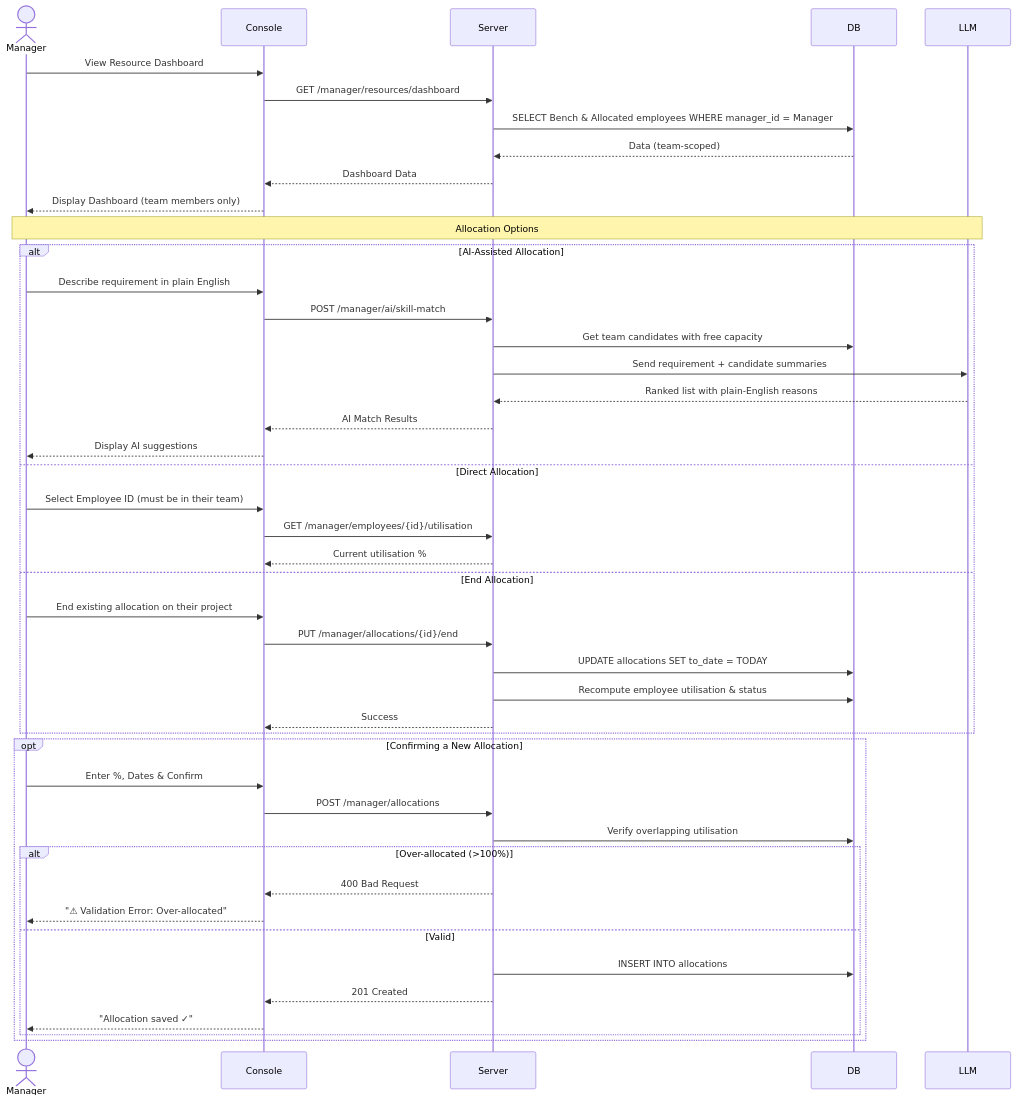
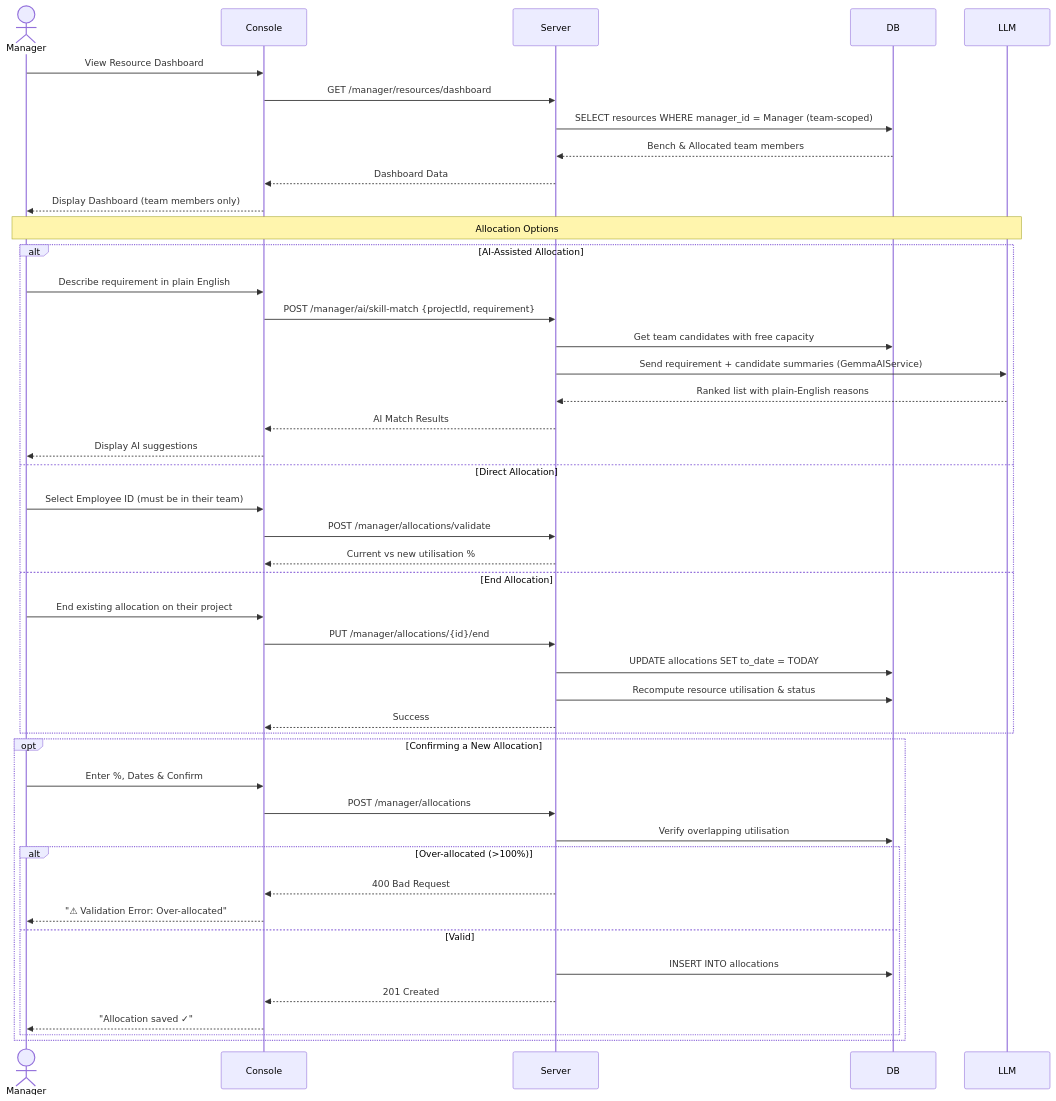
Before and after one commit to RiyaAmetaITT/Project-Resource-Management-tool: the third of 5 diagrams in UML Design/sequence_diagrams.md, drawn with Mermaid. The commit also changed other lines of this file and 74 other files, not shown here.

````diff
--- a/UML Design/sequence_diagrams.md
+++ b/UML Design/sequence_diagrams.md
@@ -111,51 +127,51 @@
 ```mermaid
 sequenceDiagram
     actor Manager
     participant Console
     participant Server
     participant DB
     participant LLM
 
     Manager->>Console: View Resource Dashboard
     Console->>Server: GET /manager/resources/dashboard
-    Server->>DB: SELECT Bench & Allocated employees WHERE manager_id = Manager
-    DB-->>Server: Data (team-scoped)
+    Server->>DB: SELECT resources WHERE manager_id = Manager (team-scoped)
+    DB-->>Server: Bench & Allocated team members
     Server-->>Console: Dashboard Data
     Console-->>Manager: Display Dashboard (team members only)
 
     Note over Manager,LLM: Allocation Options
 
     alt AI-Assisted Allocation
         Manager->>Console: Describe requirement in plain English
-        Console->>Server: POST /manager/ai/skill-match
+        Console->>Server: POST /manager/ai/skill-match {projectId, requirement}
         Server->>DB: Get team candidates with free capacity
-        Server->>LLM: Send requirement + candidate summaries
+        Server->>LLM: Send requirement + candidate summaries (GemmaAIService)
         LLM-->>Server: Ranked list with plain-English reasons
         Server-->>Console: AI Match Results
         Console-->>Manager: Display AI suggestions
     else Direct Allocation
         Manager->>Console: Select Employee ID (must be in their team)
-        Console->>Server: GET /manager/employees/{id}/utilisation
-        Server-->>Console: Current utilisation %
+        Console->>Server: POST /manager/allocations/validate
+        Server-->>Console: Current vs new utilisation %
     else End Allocation
         Manager->>Console: End existing allocation on their project
         Console->>Server: PUT /manager/allocations/{id}/end
         Server->>DB: UPDATE allocations SET to_date = TODAY
-        Server->>DB: Recompute employee utilisation & status
+        Server->>DB: Recompute resource utilisation & status
         Server-->>Console: Success
     end
 
     opt Confirming a New Allocation
         Manager->>Console: Enter %, Dates & Confirm
         Console->>Server: POST /manager/allocations
         Server->>DB: Verify overlapping utilisation
         alt Over-allocated (>100%)
             Server-->>Console: 400 Bad Request
             Console-->>Manager: "⚠ Validation Error: Over-allocated"
         else Valid
             Server->>DB: INSERT INTO allocations
             Server-->>Console: 201 Created
             Console-->>Manager: "Allocation saved ✓"
         end
     end
 ```
````
